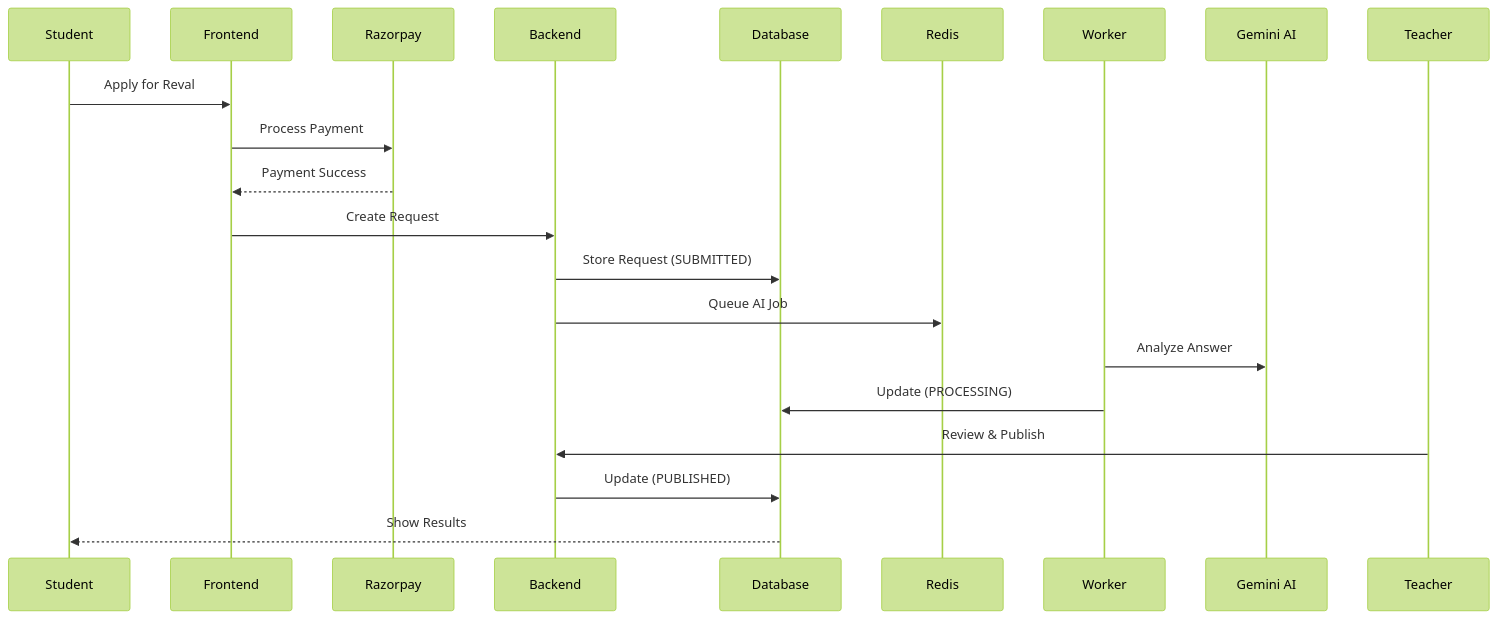
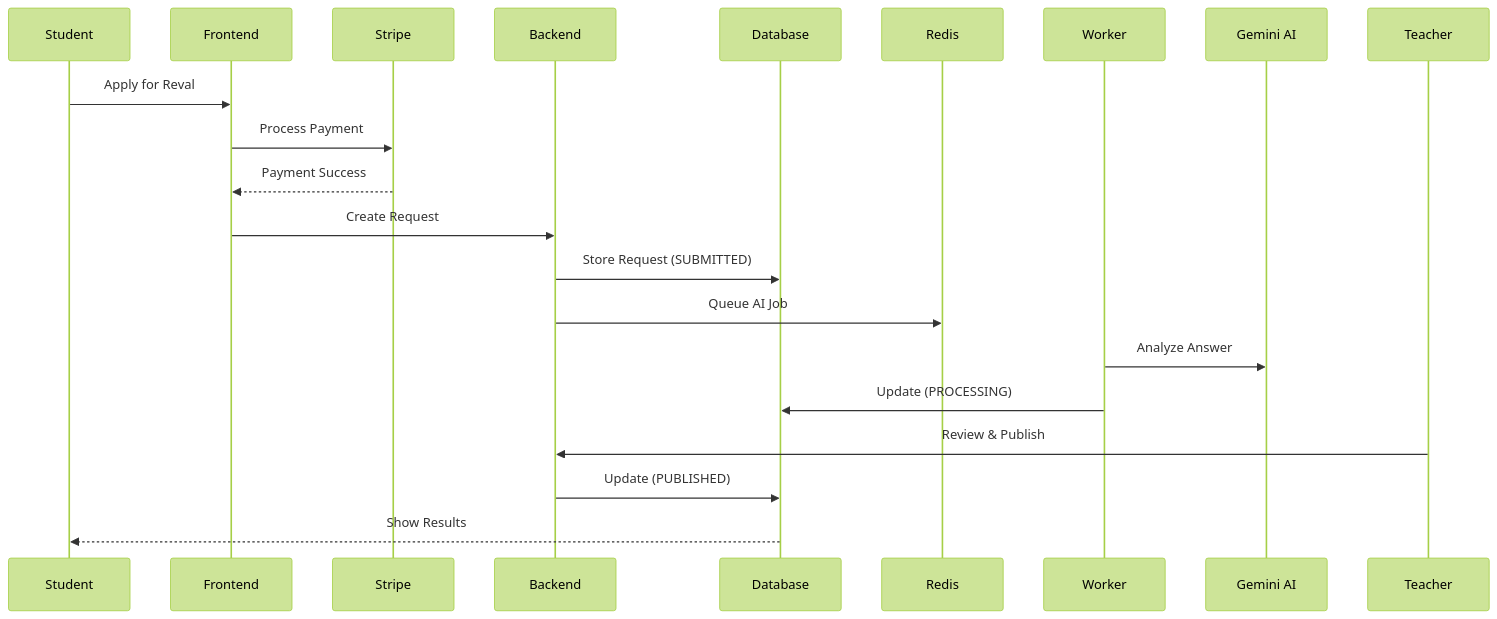
One commit to quantumstack-labs/Smart_Revaluation_System changed the second of 2 diagrams in README.md. Above: the diagram before and after it, drawn with Mermaid (forest theme). The commit also changed other lines of this file and 1 other file, not shown here.

Commit message:
Change Razorpay to Stripe

````diff
--- a/README.md
+++ b/README.md
@@ -230,14 +230,14 @@
 ```mermaid
 sequenceDiagram
     Student->>Frontend: Apply for Reval
-    Frontend->>Razorpay: Process Payment
-    Razorpay-->>Frontend: Payment Success
+    Frontend->>Stripe: Process Payment
+    Stripe-->>Frontend: Payment Success
     Frontend->>Backend: Create Request
     Backend->>Database: Store Request (SUBMITTED)
     Backend->>Redis: Queue AI Job
     Worker->>Gemini AI: Analyze Answer
     Worker->>Database: Update (PROCESSING)
     Teacher->>Backend: Review & Publish
     Backend->>Database: Update (PUBLISHED)
     Database-->>Student: Show Results
 ```
````
